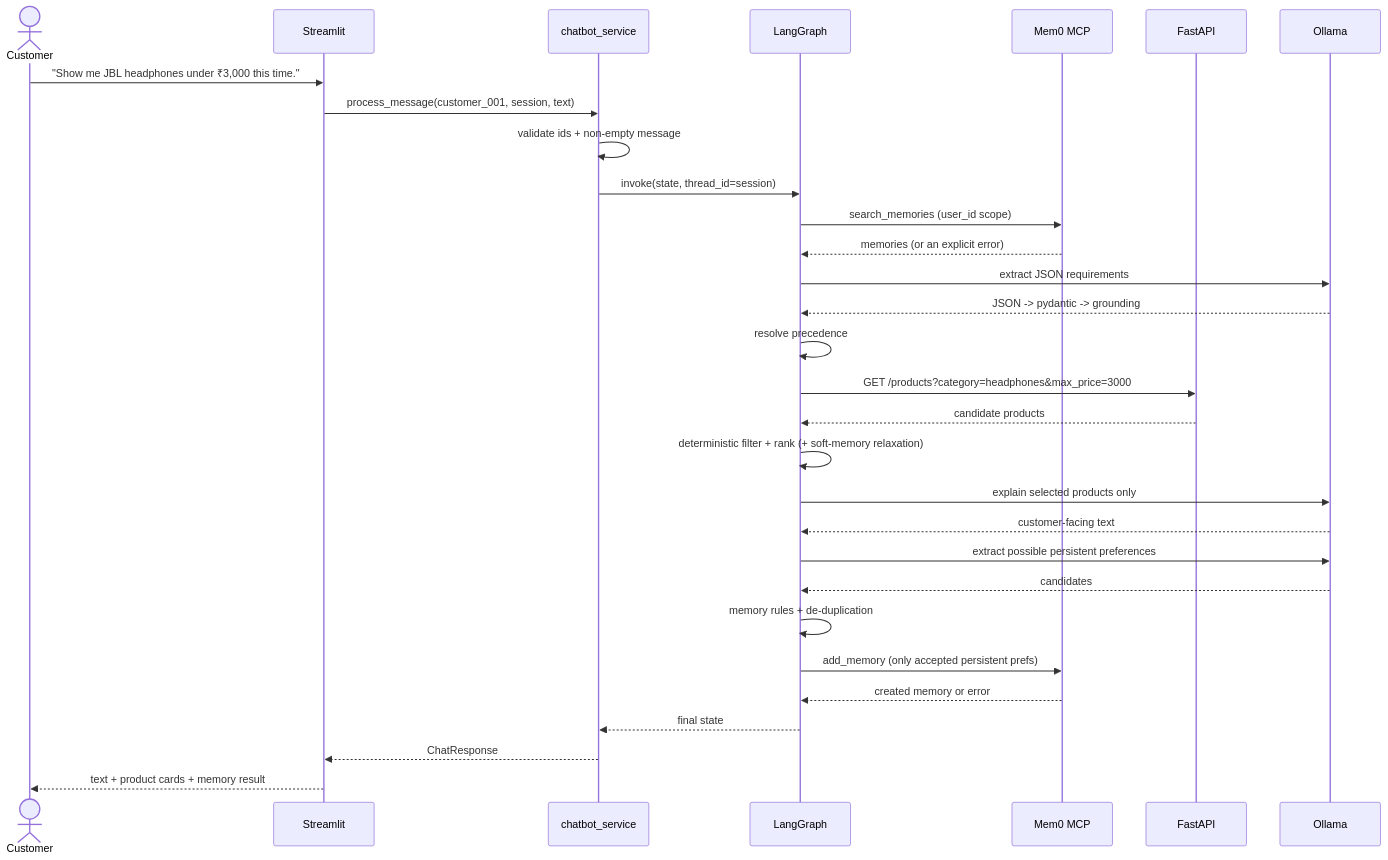
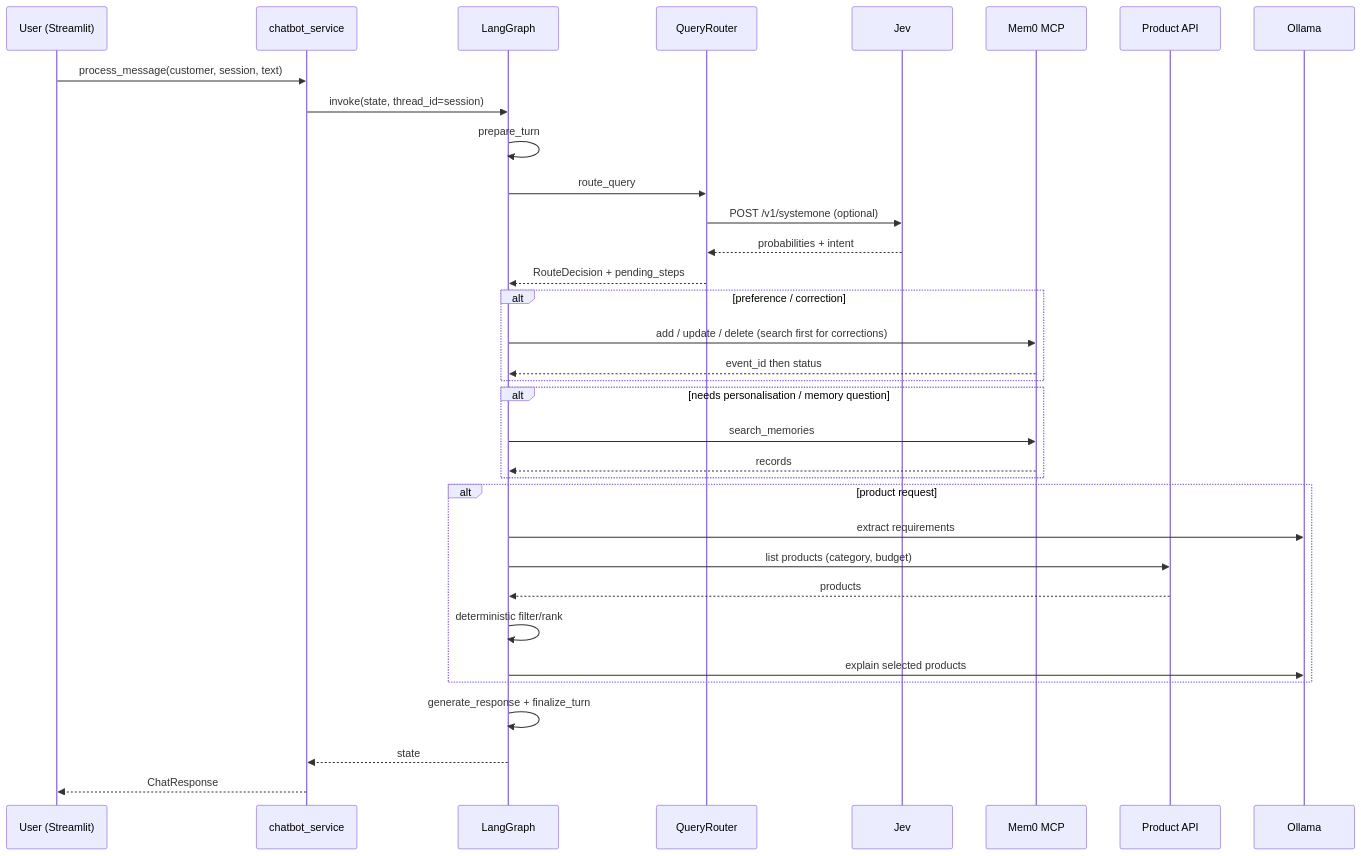
Before and after one commit to psbuilds/retail-mem0-poc: the diagram in docs/explanations/application_workflow.md, drawn with Mermaid. The commit also changed other lines of this file and 56 other files, not shown here.

Commit message:
Added a jev based query routing node, and modifed the langgraph flow accordingly to prodeuce better tailored responses and to invoke mcp/api only when the user query demands it without invoking in each call

````diff
--- a/docs/explanations/application_workflow.md
+++ b/docs/explanations/application_workflow.md
@@ -8,33 +5,37 @@
 ```mermaid
 sequenceDiagram
-    actor C as Customer
-    participant UI as Streamlit
+    participant U as User (Streamlit)
     participant CS as chatbot_service
     participant G as LangGraph
-    participant MEM as Mem0 MCP
-    participant P as FastAPI
-    participant L as Ollama
+    participant R as QueryRouter
+    participant J as Jev
+    participant M as Mem0 MCP
+    participant P as Product API
+    participant O as Ollama
 
-    C->>UI: "Show me JBL headphones under ₹3,000 this time."
-    UI->>CS: process_message(customer_001, session, text)
-    CS->>CS: validate ids + non-empty message
+    U->>CS: process_message(customer, session, text)
     CS->>G: invoke(state, thread_id=session)
-    G->>MEM: search_memories (user_id scope)
-    MEM-->>G: memories (or an explicit error)
-    G->>L: extract JSON requirements
-    L-->>G: JSON -> pydantic -> grounding
-    G->>G: resolve precedence
-    G->>P: GET /products?category=headphones&max_price=3000
-    P-->>G: candidate products
-    G->>G: deterministic filter + rank (+ soft-memory relaxation)
-    G->>L: explain selected products only
-    L-->>G: customer-facing text
-    G->>L: extract possible persistent preferences
-    L-->>G: candidates
-    G->>G: memory rules + de-duplication
-    G->>MEM: add_memory (only accepted persistent prefs)
-    MEM-->>G: created memory or error
-    G-->>CS: final state
-    CS-->>UI: ChatResponse
-    UI-->>C: text + product cards + memory result
+    G->>G: prepare_turn
+    G->>R: route_query
+    R->>J: POST /v1/systemone (optional)
+    J-->>R: probabilities + intent
+    R-->>G: RouteDecision + pending_steps
+    alt preference / correction
+        G->>M: add / update / delete (search first for corrections)
+        M-->>G: event_id then status
+    end
+    alt needs personalisation / memory question
+        G->>M: search_memories
+        M-->>G: records
+    end
+    alt product request
+        G->>O: extract requirements
+        G->>P: list products (category, budget)
+        P-->>G: products
+        G->>G: deterministic filter/rank
+        G->>O: explain selected products
+    end
+    G->>G: generate_response + finalize_turn
+    G-->>CS: state
+    CS-->>U: ChatResponse
 ```
````
